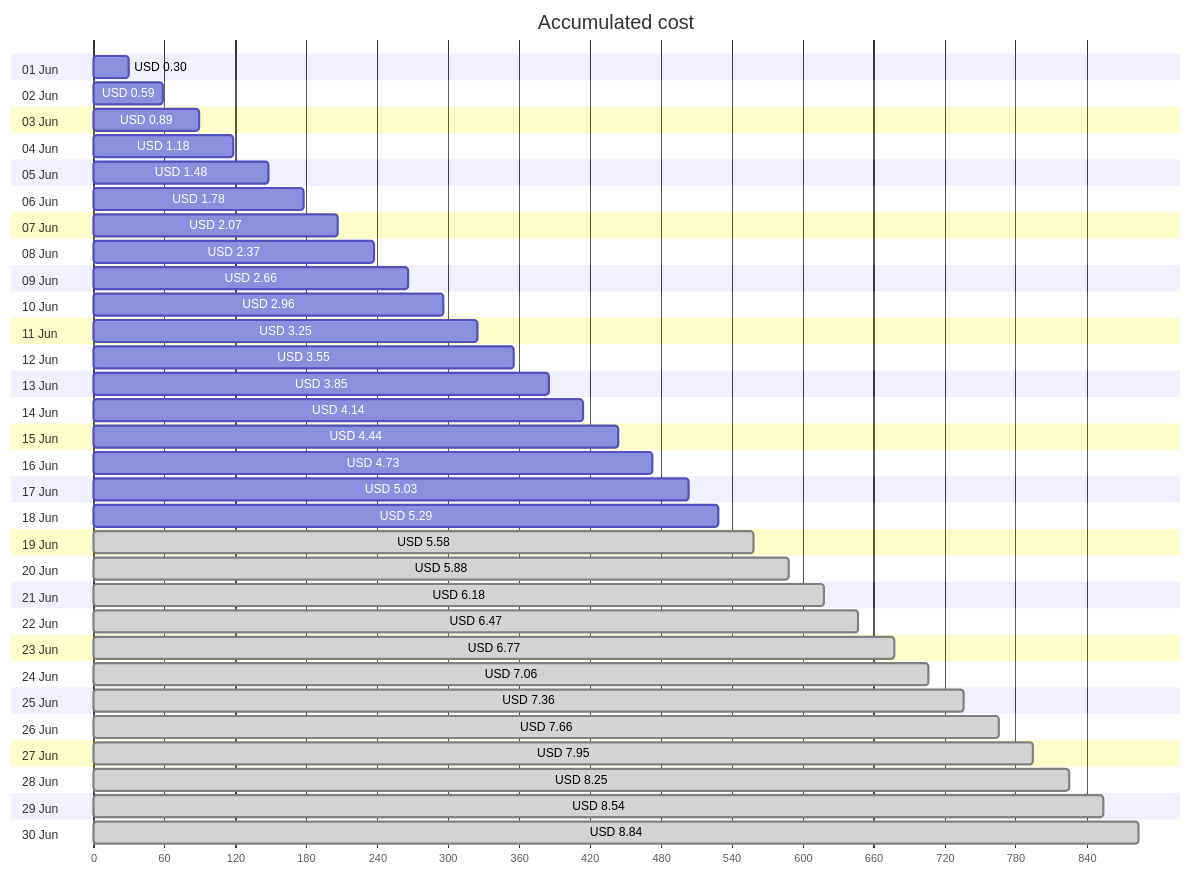
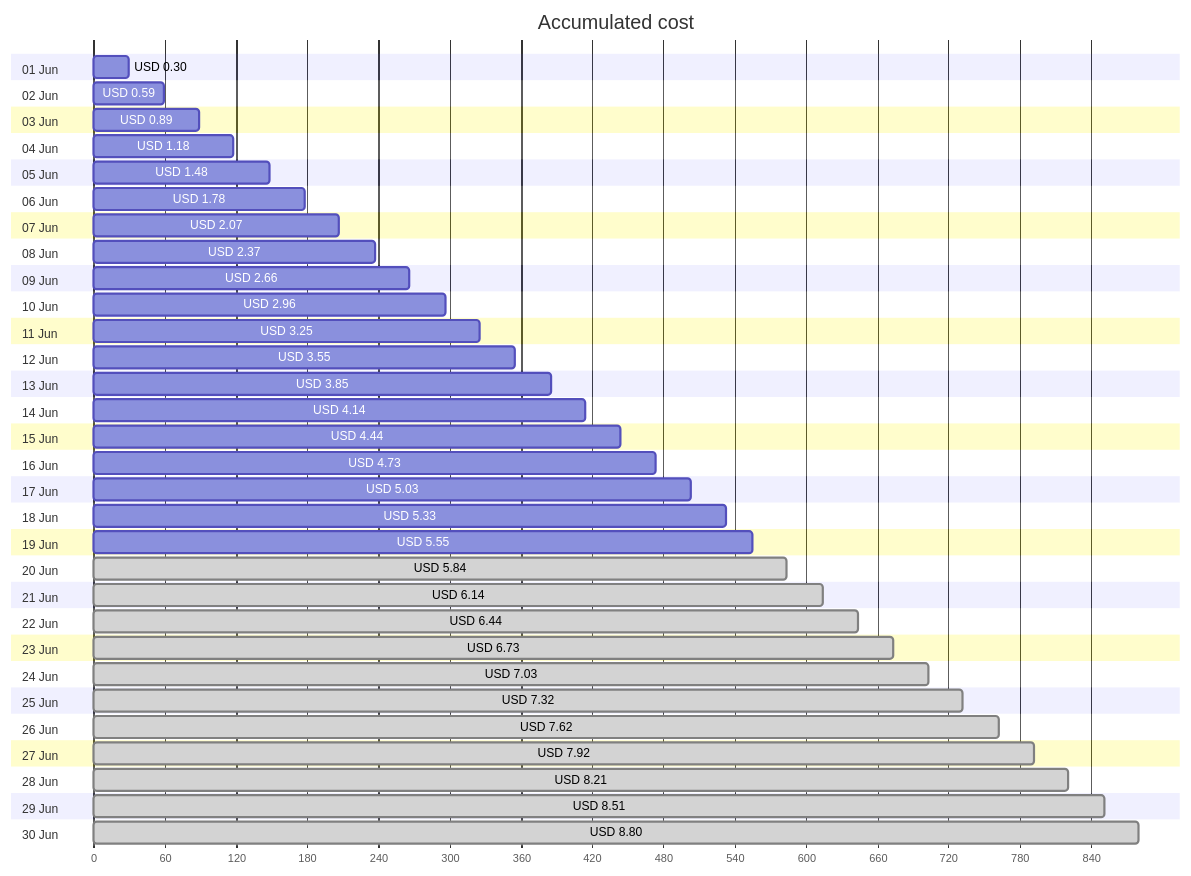
The first of 4 diagrams in cost-reports/personal-site/personal-site-preview.md (jpfulton/azure-personal-reports), drawn with Mermaid before and after one commit. The commit also changed other lines of this file and 6 other files, not shown here.

````diff
--- a/cost-reports/personal-site/personal-site-preview.md
+++ b/cost-reports/personal-site/personal-site-preview.md
@@ -20,66 +20,66 @@
 ```mermaid
 gantt
    title Accumulated cost
    dateFormat  X
    axisFormat %s
    section 01 Jun
    USD 0.30 :0, 30
    section 02 Jun
    USD 0.59 :0, 59
    section 03 Jun
    USD 0.89 :0, 89
    section 04 Jun
    USD 1.18 :0, 118
    section 05 Jun
    USD 1.48 :0, 148
    section 06 Jun
    USD 1.78 :0, 178
    section 07 Jun
    USD 2.07 :0, 207
    section 08 Jun
    USD 2.37 :0, 237
    section 09 Jun
    USD 2.66 :0, 266
    section 10 Jun
    USD 2.96 :0, 296
    section 11 Jun
    USD 3.25 :0, 325
    section 12 Jun
    USD 3.55 :0, 355
    section 13 Jun
    USD 3.85 :0, 385
    section 14 Jun
    USD 4.14 :0, 414
    section 15 Jun
    USD 4.44 :0, 444
    section 16 Jun
    USD 4.73 :0, 473
    section 17 Jun
    USD 5.03 :0, 503
    section 18 Jun
-   USD 5.29 :0, 529
+   USD 5.33 :0, 533
    section 19 Jun
-   USD 5.58 : done, 0, 558
+   USD 5.55 :0, 555
    section 20 Jun
-   USD 5.88 : done, 0, 588
+   USD 5.84 : done, 0, 584
    section 21 Jun
-   USD 6.18 : done, 0, 618
+   USD 6.14 : done, 0, 614
    section 22 Jun
-   USD 6.47 : done, 0, 647
+   USD 6.44 : done, 0, 644
    section 23 Jun
-   USD 6.77 : done, 0, 677
+   USD 6.73 : done, 0, 673
    section 24 Jun
-   USD 7.06 : done, 0, 706
+   USD 7.03 : done, 0, 703
    section 25 Jun
-   USD 7.36 : done, 0, 736
+   USD 7.32 : done, 0, 732
    section 26 Jun
-   USD 7.66 : done, 0, 766
+   USD 7.62 : done, 0, 762
    section 27 Jun
-   USD 7.95 : done, 0, 795
+   USD 7.92 : done, 0, 792
    section 28 Jun
-   USD 8.25 : done, 0, 825
+   USD 8.21 : done, 0, 821
    section 29 Jun
-   USD 8.54 : done, 0, 854
+   USD 8.51 : done, 0, 851
    section 30 Jun
-   USD 8.84 : done, 0, 884
+   USD 8.80 : done, 0, 880
 ```
````
